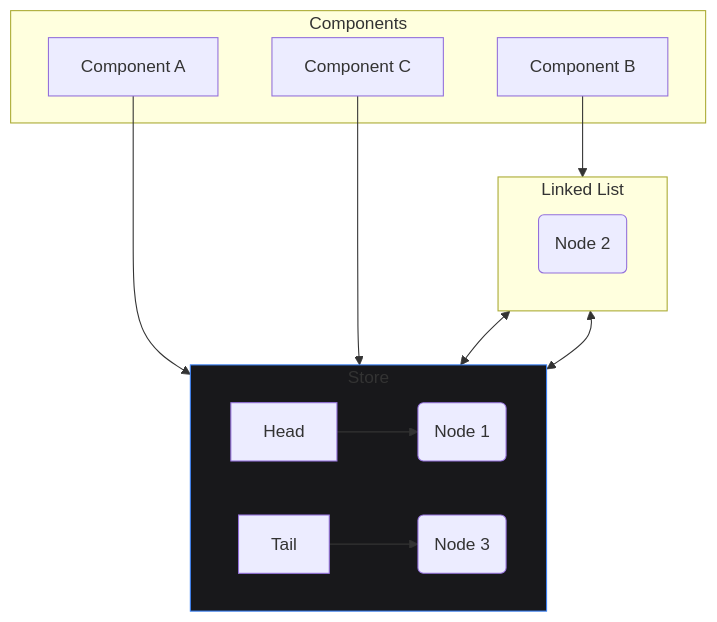
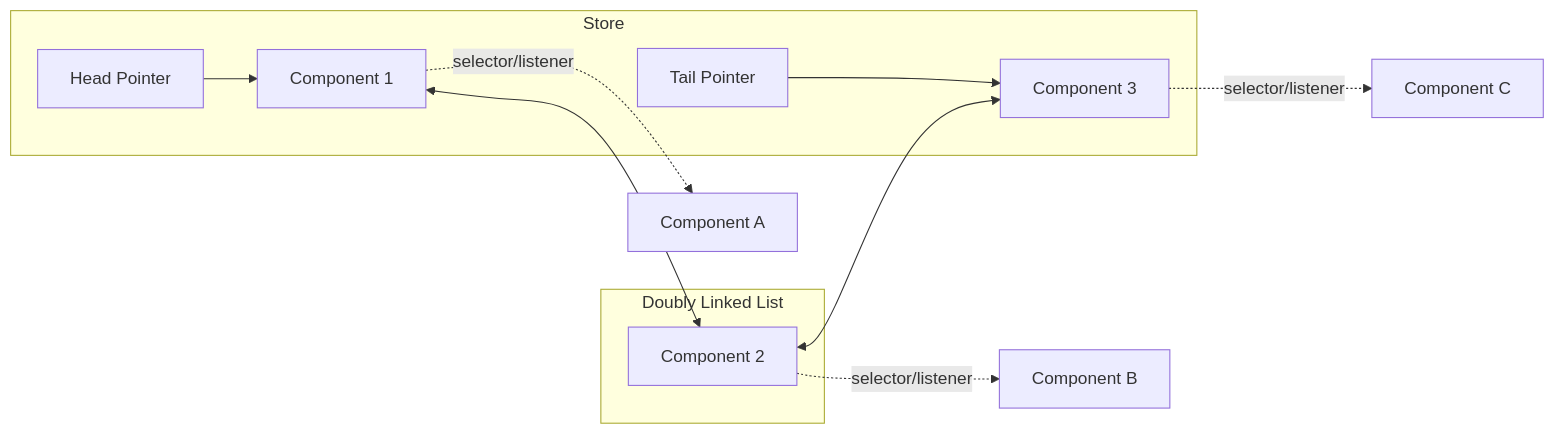
One commit to kasihagustinusT/soulstate changed the first of 3 diagrams in documentation/docs/internals/linked-list.mdx. Above: the diagram before and after it, drawn with Mermaid. The commit also changed other lines of this file and 24 other files, not shown here.

````diff
--- a/documentation/docs/internals/linked-list.mdx
+++ b/documentation/docs/internals/linked-list.mdx
@@ -45,21 +45,16 @@
 ```mermaid
-graph TD
+graph LR
     subgraph Store
-        direction LR
-        Head --> Node1
-        Tail --> Node3
-    end
-
-    subgraph "Linked List"
-        direction LR
-        Node1(Node 1) <--> Node2(Node 2) <--> Node3(Node 3)
+        Head[Head Pointer] --> A[Node A]
+        Tail[Tail Pointer] --> C[Node C]
     end
     
-    subgraph Components
-        Comp1[Component A] --> Node1
-        Comp2[Component B] --> Node2
-        Comp3[Component C] --> Node3
+    subgraph "Doubly Linked List"
+        A[Component 1] <--> B[Component 2]
+        B <--> C[Component 3]
     end
-
-    style Store fill:#18181B,stroke:#3B82F6
+    
+    A -.->|selector/listener| Comp1[Component A]
+    B -.->|selector/listener| Comp2[Component B] 
+    C -.->|selector/listener| Comp3[Component C]
 ```
````
